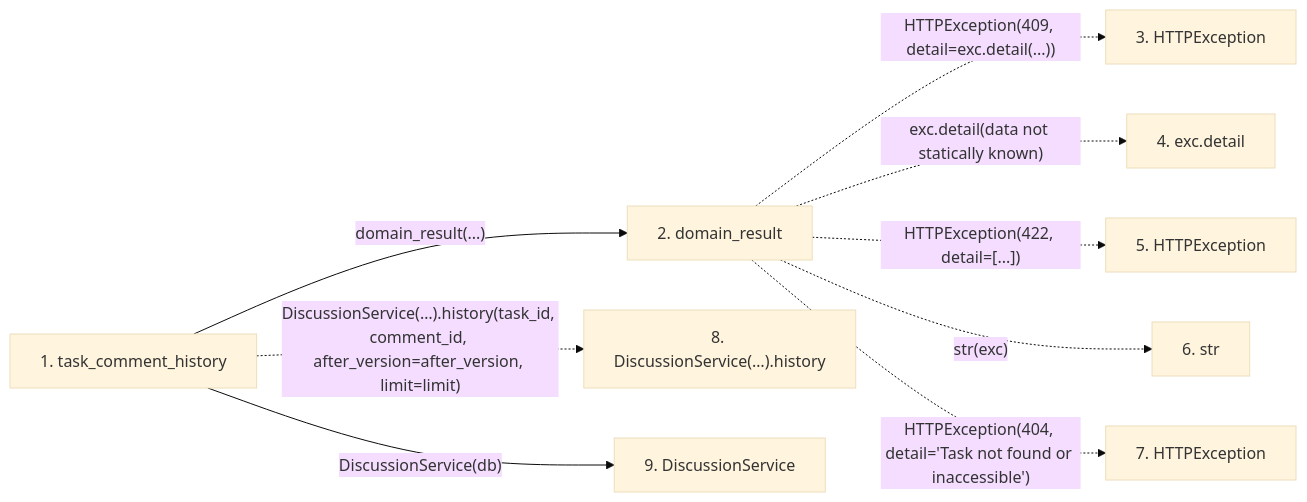
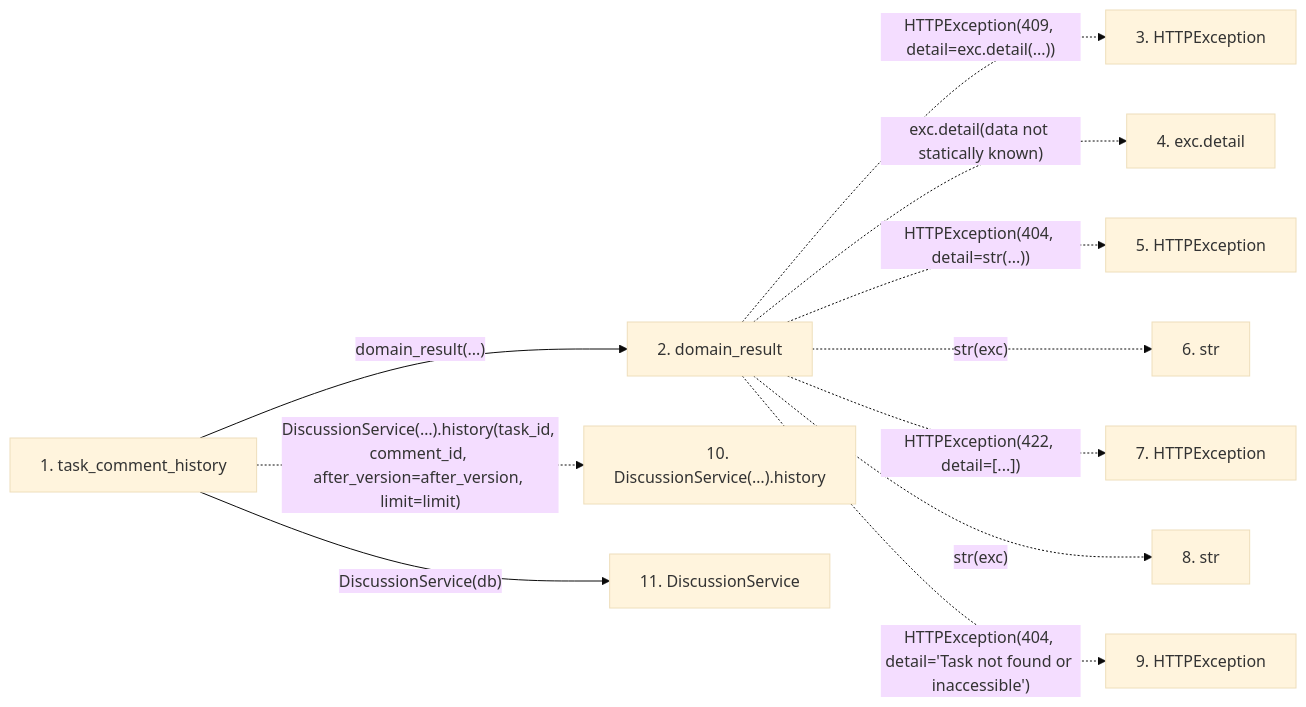
Before and after one commit to Denissvgn/WorkChord: the second of 2 diagrams in docs/llm_wiki/flows/http-task_comment_history.md, drawn with Mermaid (base theme). The commit also changed other lines of this file and 6624 other files, not shown here.

````diff
--- a/docs/llm_wiki/flows/http-task_comment_history.md
+++ b/docs/llm_wiki/flows/http-task_comment_history.md
@@ -32,23 +34,27 @@
 ```mermaid
 flowchart LR
     s1["1. task_comment_history"]
     s2["2. domain_result"]
     s3["3. HTTPException"]
     s4["4. exc.detail"]
     s5["5. HTTPException"]
     s6["6. str"]
     s7["7. HTTPException"]
-    s8["8. DiscussionService(…).history"]
-    s9["9. DiscussionService"]
+    s8["8. str"]
+    s9["9. HTTPException"]
+    s10["10. DiscussionService(…).history"]
+    s11["11. DiscussionService"]
     s1 -->|"domain_result(...)"| s2
     s2 -. "HTTPException(409, detail=exc.detail(...))" .-> s3
     s2 -. "exc.detail(data not statically known)" .-> s4
-    s2 -. "HTTPException(422, detail=[...])" .-> s5
+    s2 -. "HTTPException(404, detail=str(...))" .-> s5
     s2 -. "str(exc)" .-> s6
-    s2 -. "HTTPException(404, detail='Task not found or inaccessible')" .-> s7
-    s1 -. "DiscussionService(…).history(task_id, comment_id, after_version=after_version, limit=limit)" .-> s8
-    s1 -->|"DiscussionService(db)"| s9
+    s2 -. "HTTPException(422, detail=[...])" .-> s7
+    s2 -. "str(exc)" .-> s8
+    s2 -. "HTTPException(404, detail='Task not found or inaccessible')" .-> s9
+    s1 -. "DiscussionService(…).history(task_id, comment_id, after_version=after_version, limit=limit)" .-> s10
+    s1 -->|"DiscussionService(db)"| s11
     click s1 "../modules/routers_discussion.md"
     click s2 "../modules/routers_task_domain.md"
-    click s9 "../modules/discussion_service.md"
+    click s11 "../modules/discussion_service.md"
 ```
````
